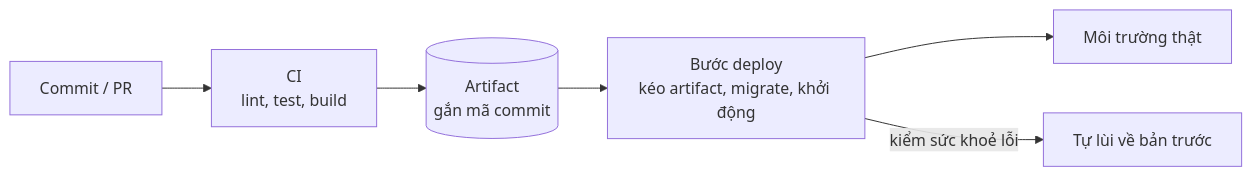
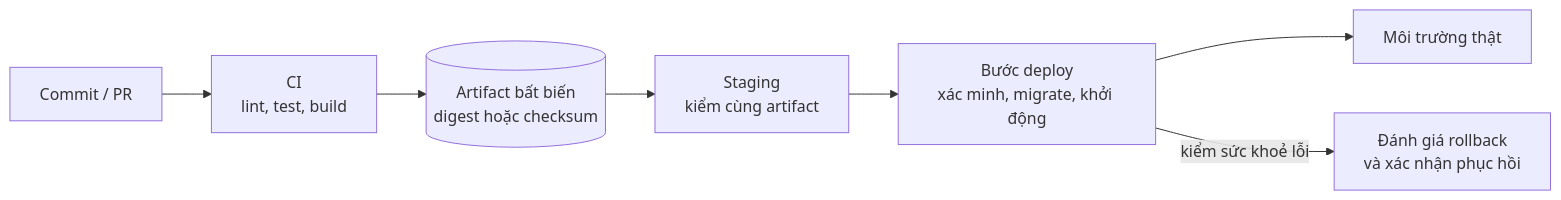
The diagram in template/docs/ops/deployment.md (qkenn04/docs-template), drawn with Mermaid before and after one commit. The commit also changed other lines of this file and 19 other files, not shown here.

````diff
--- a/template/docs/ops/deployment.md
+++ b/template/docs/ops/deployment.md
@@ -25,8 +25,9 @@
 ```mermaid
 flowchart LR
   dev["Commit / PR"] --> ci["CI<br/>lint, test, build"]
-  ci --> art[("Artifact<br/>gắn mã commit")]
-  art --> deploy["Bước deploy<br/>kéo artifact, migrate, khởi động"]
+  ci --> art[("Artifact bất biến<br/>digest hoặc checksum")]
+  art --> stage["Staging<br/>kiểm cùng artifact"]
+  stage --> deploy["Bước deploy<br/>xác minh, migrate, khởi động"]
   deploy --> run["Môi trường thật"]
-  deploy -->|"kiểm sức khoẻ lỗi"| rollback["Tự lùi về bản trước"]
+  deploy -->|"kiểm sức khoẻ lỗi"| rollback["Đánh giá rollback<br/>và xác nhận phục hồi"]
 ```
````
